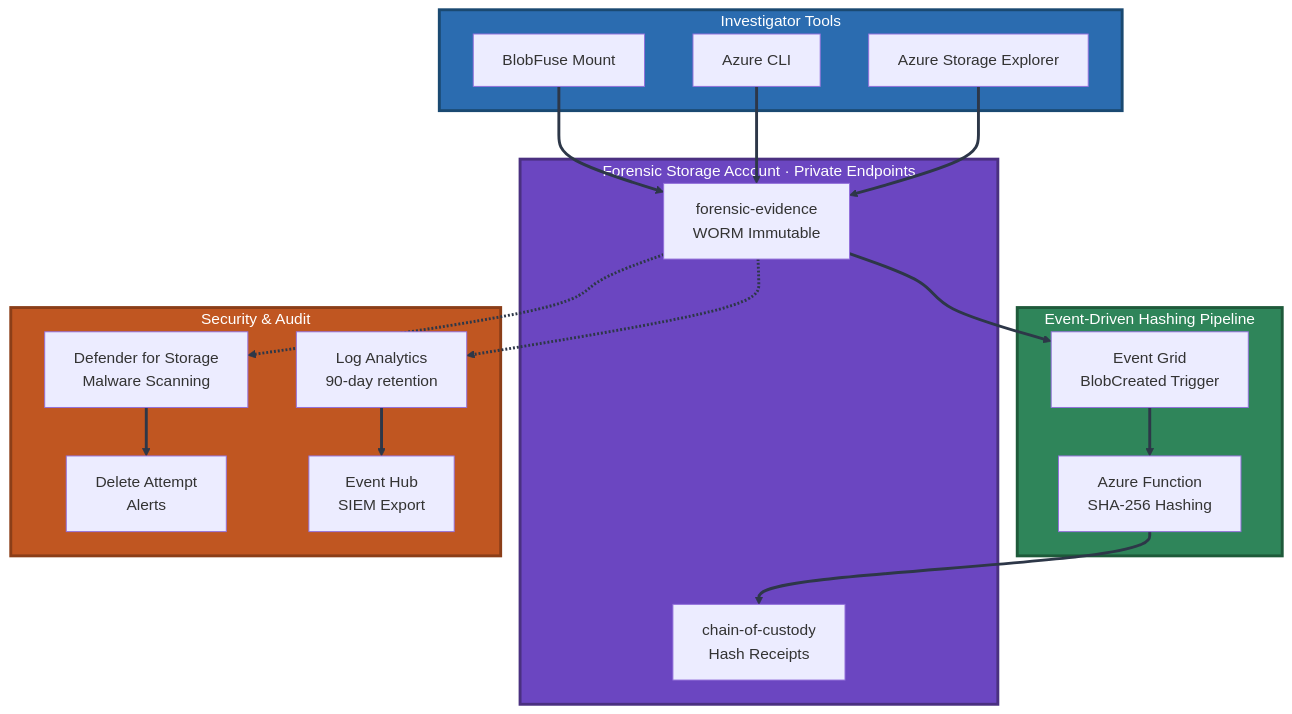
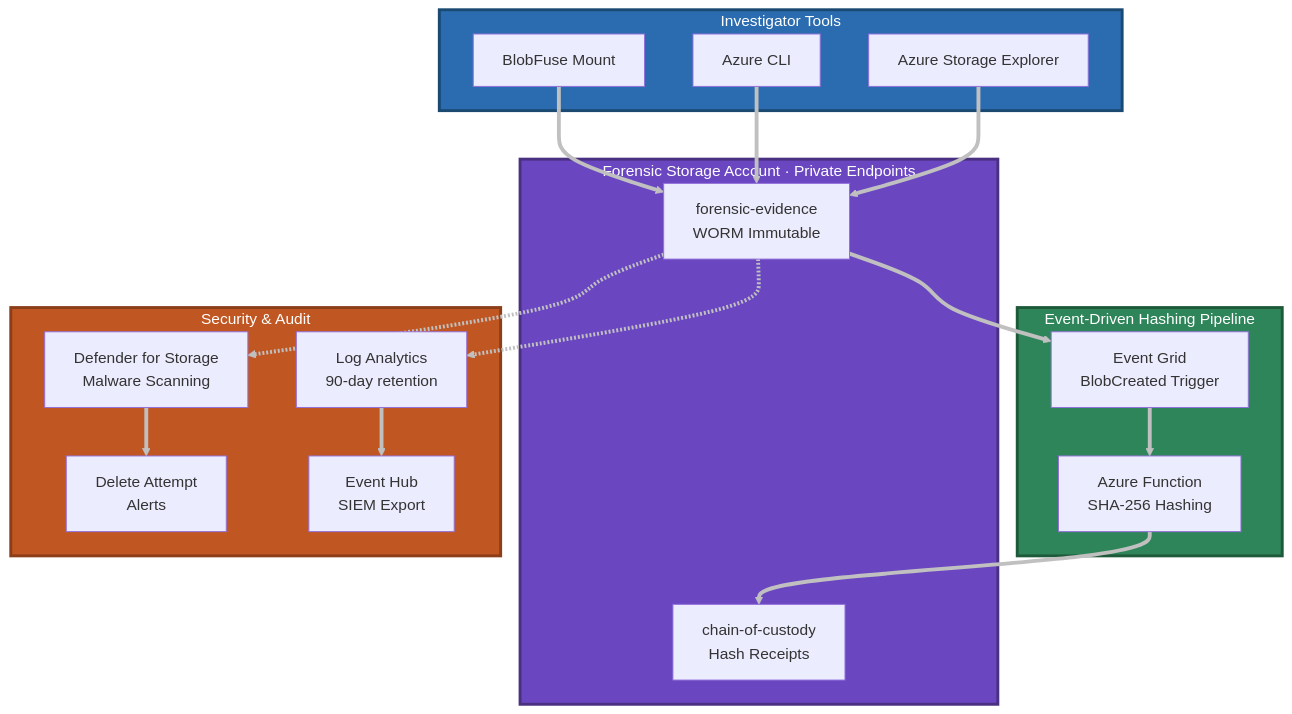
Before and after one commit to mhuot-msft/lab-forensic-storage: the first of 4 diagrams in README.md, drawn with Mermaid.

Commit message:
Updated line width and color

````diff
--- a/README.md
+++ b/README.md
@@ -12,42 +12,42 @@
 ```mermaid
 flowchart TB
     subgraph Investigator["Investigator Tools"]
         SE["Azure Storage Explorer"]
         CLI["Azure CLI"]
         BF["BlobFuse Mount"]
     end
 
     subgraph Storage["Forensic Storage Account · Private Endpoints"]
         FE["forensic-evidence<br/>WORM Immutable"]
         COC["chain-of-custody<br/>Hash Receipts"]
     end
 
     subgraph Automation["Event-Driven Hashing Pipeline"]
         EG["Event Grid<br/>BlobCreated Trigger"]
         FUNC["Azure Function<br/>SHA-256 Hashing"]
     end
 
     subgraph Security["Security & Audit"]
         DEF["Defender for Storage<br/>Malware Scanning"]
         LA["Log Analytics<br/>90-day retention"]
         ALERT["Delete Attempt<br/>Alerts"]
         EH["Event Hub<br/>SIEM Export"]
     end
 
     SE --> FE
     CLI --> FE
     BF --> FE
     FE --> EG
     EG --> FUNC
     FUNC --> COC
     FE -.-> DEF
     FE -.-> LA
     DEF --> ALERT
     LA --> EH
 
-    linkStyle default stroke:#2D3748,stroke-width:3px
+    linkStyle default stroke:#C0C0C0,stroke-width:4px
     style Investigator fill:#2B6CB0,stroke:#1A4971,stroke-width:3px,color:#FFFFFF
     style Storage fill:#6B46C1,stroke:#4A3080,stroke-width:3px,color:#FFFFFF
     style Automation fill:#2F855A,stroke:#1E5A3A,stroke-width:3px,color:#FFFFFF
     style Security fill:#C05621,stroke:#8B3E18,stroke-width:3px,color:#FFFFFF
 ```
````
